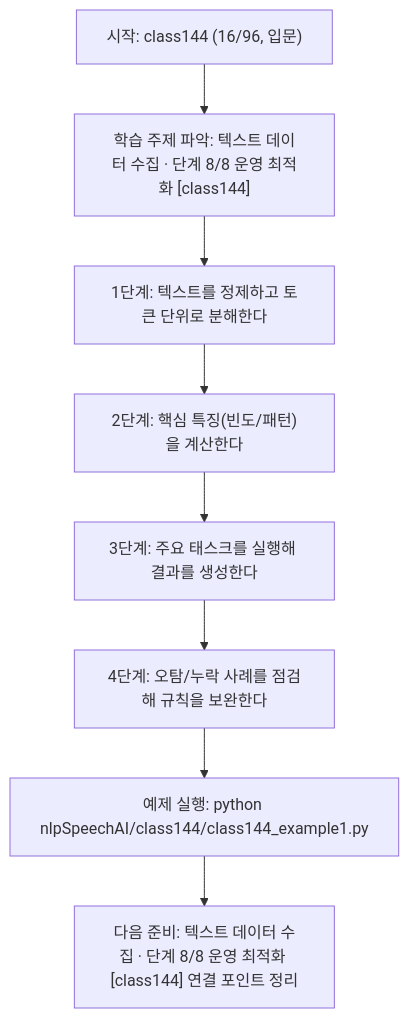
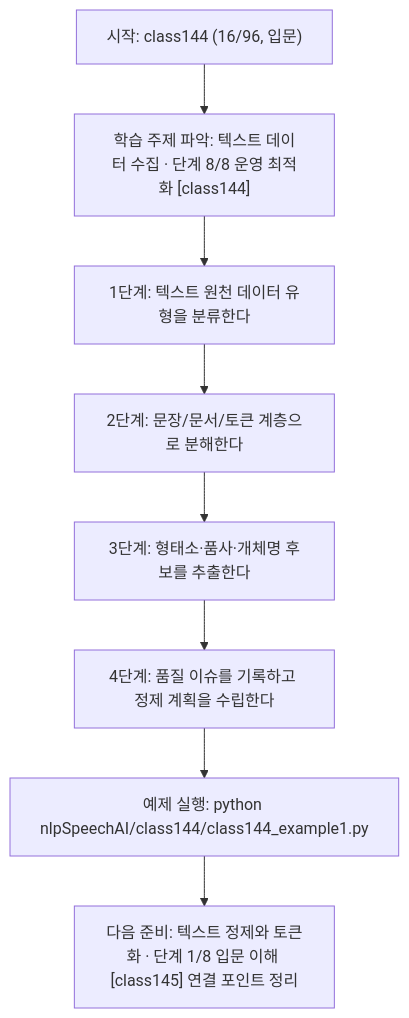
Before and after one commit to edumgt/Python-AI_Agent-Class: the diagram in nlpSpeechAI/class144/class144.md, drawn with Mermaid. The commit also changed other lines of this file and 1122 other files, not shown here.

````diff
--- a/nlpSpeechAI/class144/class144.md
+++ b/nlpSpeechAI/class144/class144.md
@@ -114,18 +95,18 @@
 ```mermaid
 flowchart TD
 N1["시작: class144 (16/96, 입문)"]
 N2["학습 주제 파악: 텍스트 데이터 수집 · 단계 8/8 운영 최적화 [class144]"]
-N3["1단계: 텍스트를 정제하고 토큰 단위로 분해한다"]
-N4["2단계: 핵심 특징(빈도/패턴)을 계산한다"]
-N5["3단계: 주요 태스크를 실행해 결과를 생성한다"]
-N6["4단계: 오탐/누락 사례를 점검해 규칙을 보완한다"]
+N3["1단계: 텍스트 원천 데이터 유형을 분류한다"]
+N4["2단계: 문장/문서/토큰 계층으로 분해한다"]
+N5["3단계: 형태소·품사·개체명 후보를 추출한다"]
+N6["4단계: 품질 이슈를 기록하고 정제 계획을 수립한다"]
 N7["예제 실행: python nlpSpeechAI/class144/class144_example1.py"]
-N8["다음 준비: 텍스트 데이터 수집 · 단계 8/8 운영 최적화 [class144] 연결 포인트 정리"]
+N8["다음 준비: 텍스트 정제와 토큰화 · 단계 1/8 입문 이해 [class145] 연결 포인트 정리"]
 N1 --> N2
 N2 --> N3
 N3 --> N4
 N4 --> N5
 N5 --> N6
 N6 --> N7
 N7 --> N8
 ```
````
